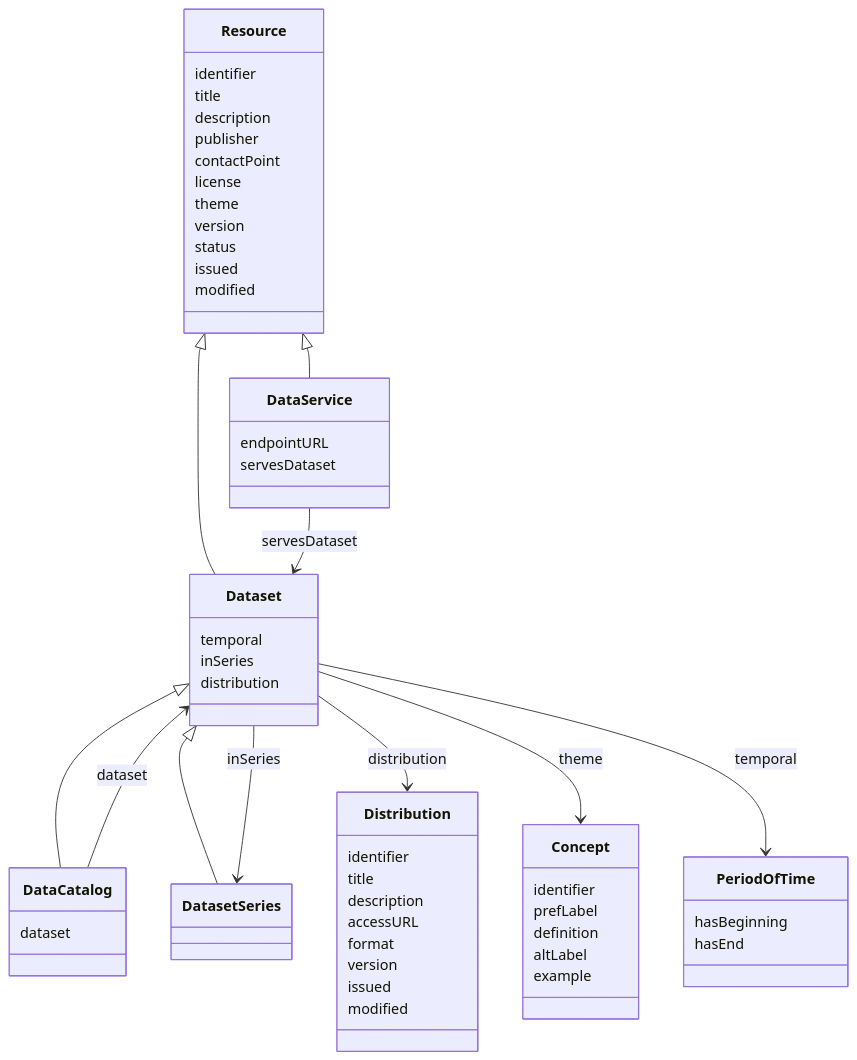
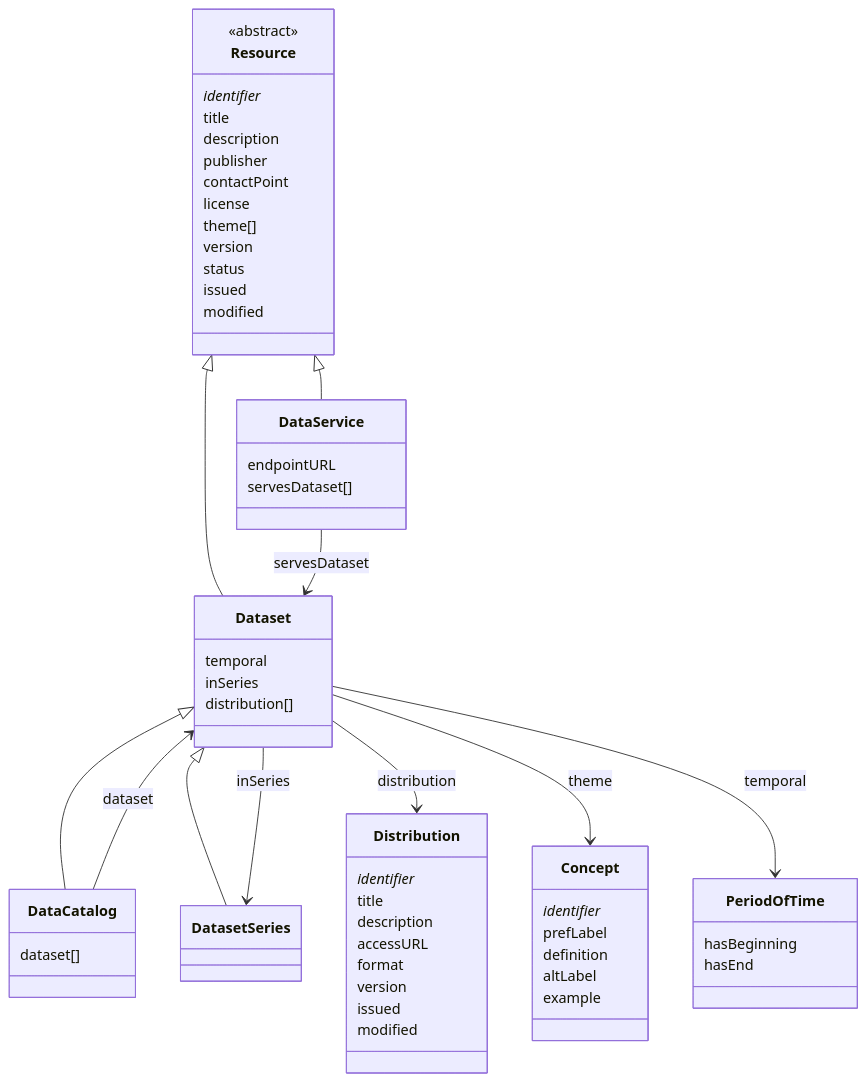
One commit to uuidea/simple_data_catalog_how-to changed the diagram in modules/dcat/pages/dcat-intro.adoc. Above: the diagram before and after it, drawn with Mermaid.

Commit message:
stupid diagram

```diff
--- a/modules/dcat/pages/dcat-intro.adoc
+++ b/modules/dcat/pages/dcat-intro.adoc
@@ -42,72 +42,72 @@
 [mermaid, dcat-class-structure, svg]
 ----
 classDiagram
-    class Resource {  
-        identifier
+    class Resource {
+        <<abstract>>
+        identifier*
         title
         description
         publisher
         contactPoint
         license
-        theme
+        theme[]
         version
         status
         issued
         modified
     }
     
     class Dataset {
         temporal
         inSeries
-        distribution
+        distribution[]
     }
     
     class DataCatalog {
-        dataset
+        dataset[]
     }
     
     class DatasetSeries {
     }
     
     class Distribution {
-        identifier
+        identifier*
         title
         description
         accessURL
         format
         version
         issued
         modified
     }
     
     class DataService {
         endpointURL
-        servesDataset
+        servesDataset[]
     }
     
     class Concept {
-        identifier
+        identifier*
         prefLabel
         definition
         altLabel
         example
     }
     
     class PeriodOfTime {
         hasBeginning
         hasEnd
     }
 
     Resource <|-- Dataset
     Dataset <|-- DataCatalog
     Dataset <|-- DatasetSeries
     Resource <|-- DataService
     
     DataCatalog --> Dataset : dataset
     Dataset --> Distribution : distribution
     Dataset --> Concept : theme
-
     Dataset --> DatasetSeries : inSeries
     Dataset --> PeriodOfTime : temporal
     DataService --> Dataset : servesDataset
 ----
```
